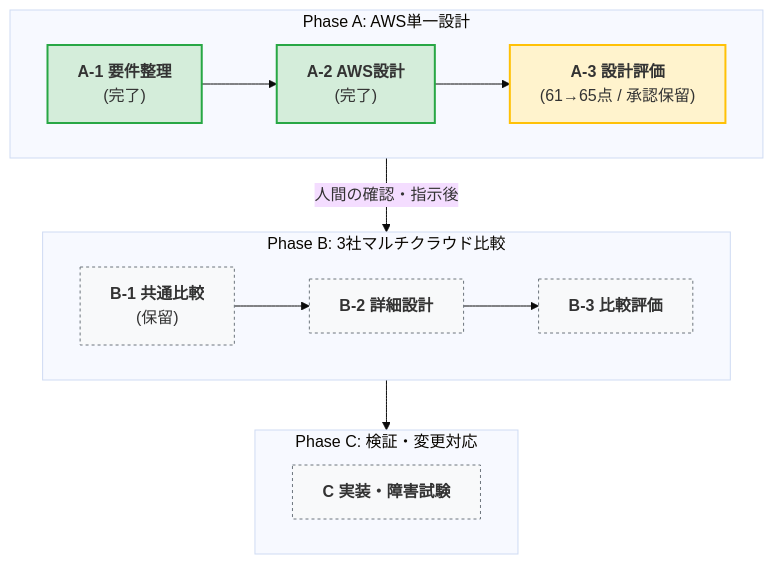
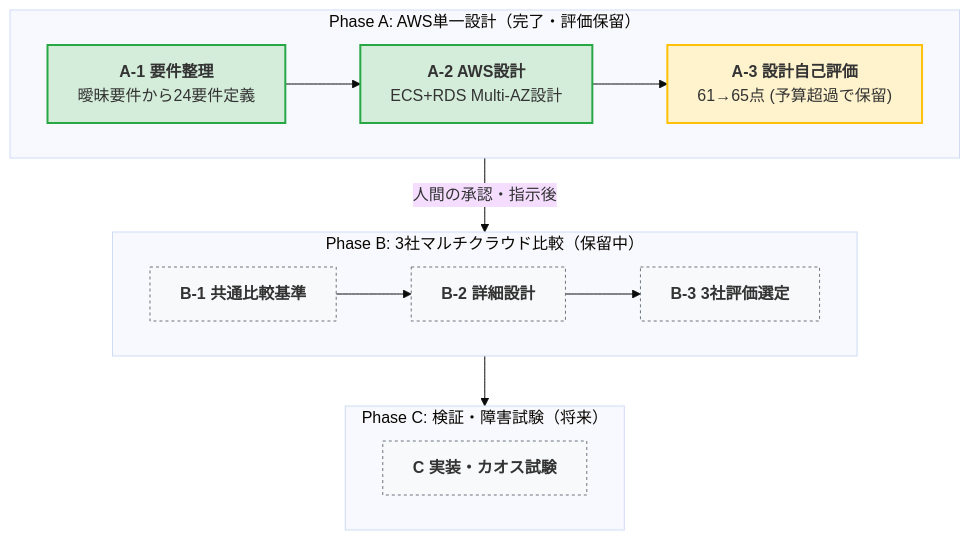
The diagram in README.md (moruku36/cloud-validation-level3-astra-light), drawn with Mermaid (base theme) before and after one commit. The commit also changed other lines of this file, not shown here.

````diff
--- a/README.md
+++ b/README.md
@@ -19,24 +24,24 @@
 ```mermaid
 flowchart TB
-  subgraph PhaseA ["Phase A: AWS単一設計"]
+  subgraph PhaseA ["Phase A: AWS単一設計（完了・評価保留）"]
     direction LR
-    A1["<b>A-1 要件整理</b><br/>(完了)"] --> A2["<b>A-2 AWS設計</b><br/>(完了)"] --> A3["<b>A-3 設計評価</b><br/>(61→65点 / 承認保留)"]
+    A1["<b>A-1 要件整理</b><br/>曖昧要件から24要件定義"] --> A2["<b>A-2 AWS設計</b><br/>ECS+RDS Multi-AZ設計"] --> A3["<b>A-3 設計自己評価</b><br/>61→65点 (予算超過で保留)"]
   end
-  subgraph PhaseB ["Phase B: 3社マルチクラウド比較"]
+  subgraph PhaseB ["Phase B: 3社マルチクラウド比較（保留中）"]
     direction LR
-    B1["<b>B-1 共通比較</b><br/>(保留)"] --> B2["<b>B-2 詳細設計</b>"] --> B3["<b>B-3 比較評価</b>"]
+    B1["<b>B-1 共通比較基準</b>"] --> B2["<b>B-2 詳細設計</b>"] --> B3["<b>B-3 3社評価選定</b>"]
   end
-  subgraph PhaseC ["Phase C: 検証・変更対応"]
-    C1["<b>C 実装・障害試験</b>"]
+  subgraph PhaseC ["Phase C: 検証・障害試験（将来）"]
+    C1["<b>C 実装・カオス試験</b>"]
   end
 
-  PhaseA -->|人間の確認・指示後| PhaseB
+  PhaseA -->|人間の承認・指示後| PhaseB
   PhaseB --> PhaseC
 
   classDef done fill:#d4edda,stroke:#28a745,stroke-width:2px;
   classDef pending fill:#fff3cd,stroke:#ffc107,stroke-width:2px;
   classDef future fill:#f8f9fa,stroke:#6c757d,stroke-width:1px,stroke-dasharray: 3 3;
   class A1,A2 done;
   class A3 pending;
   class B1,B2,B3,C1 future;
 ```
````
